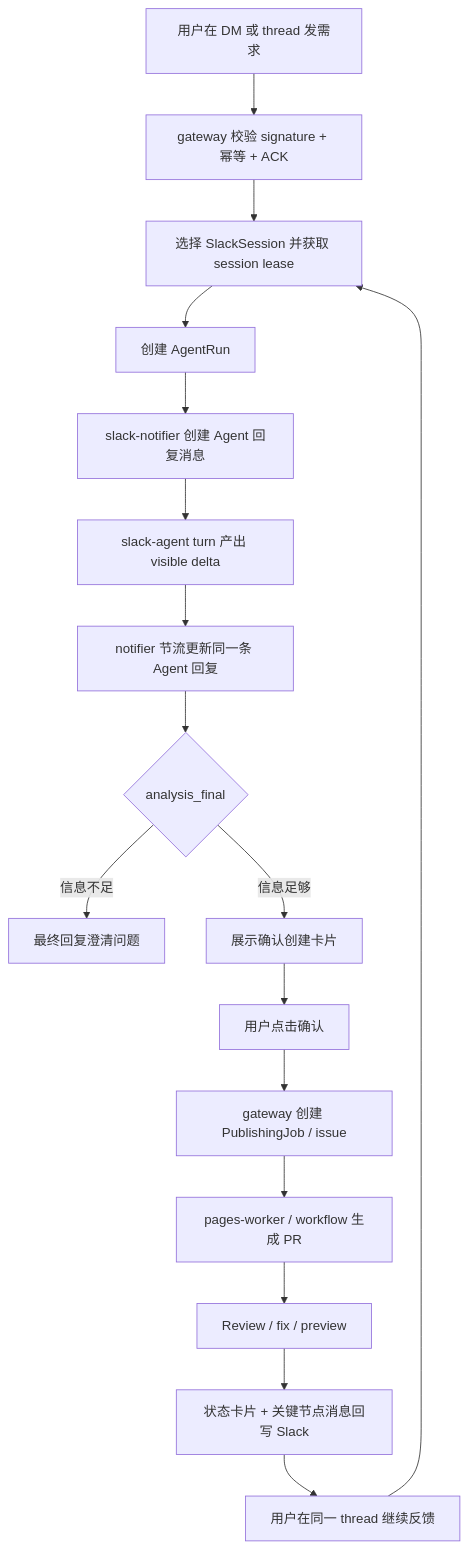
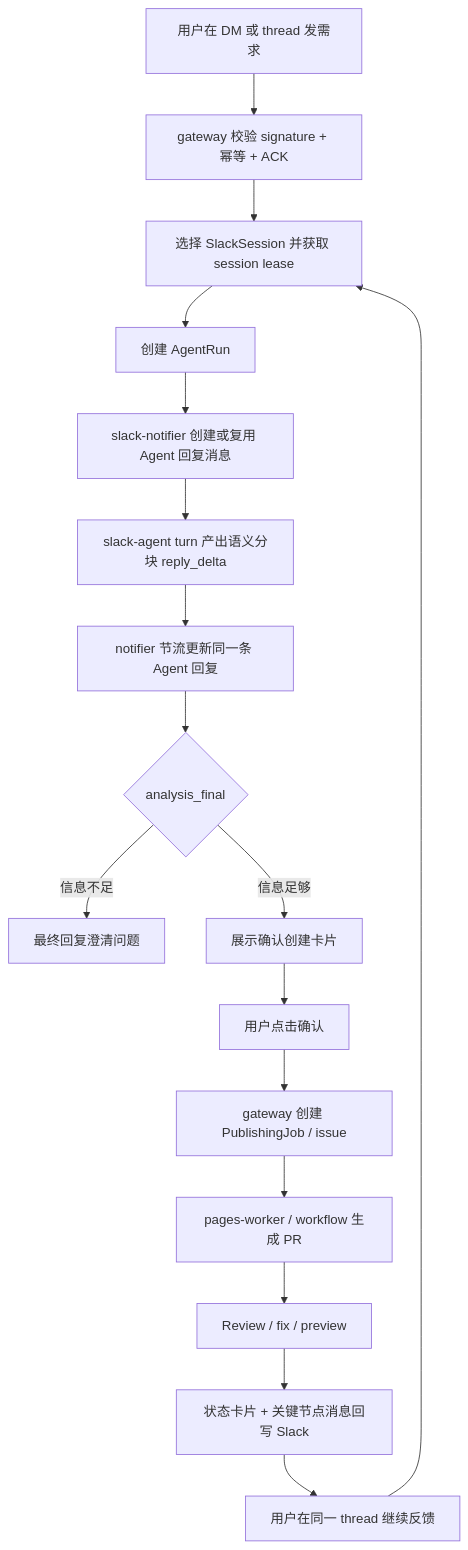
One commit to qaj701224-blip/pages-manager changed the diagram in docs/architecture/slack-platform-runtime.md. Above: the diagram before and after it, drawn with Mermaid. The commit also changed other lines of this file and 5 other files, not shown here.

````diff
--- a/docs/architecture/slack-platform-runtime.md
+++ b/docs/architecture/slack-platform-runtime.md
@@ -526,19 +533,19 @@
 ```mermaid
 flowchart TD
   A["用户在 DM 或 thread 发需求"] --> B["gateway 校验 signature + 幂等 + ACK"]
   B --> C["选择 SlackSession 并获取 session lease"]
   C --> D["创建 AgentRun"]
-  D --> E["slack-notifier 创建 Agent 回复消息"]
-  E --> F["slack-agent turn 产出 visible delta"]
+  D --> E["slack-notifier 创建或复用 Agent 回复消息"]
+  E --> F["slack-agent turn 产出语义分块 reply_delta"]
   F --> G["notifier 节流更新同一条 Agent 回复"]
   G --> H{"analysis_final"}
   H -->|"信息不足"| I["最终回复澄清问题"]
   H -->|"信息足够"| J["展示确认创建卡片"]
   J --> K["用户点击确认"]
   K --> L["gateway 创建 PublishingJob / issue"]
   L --> M["pages-worker / workflow 生成 PR"]
   M --> N["Review / fix / preview"]
   N --> O["状态卡片 + 关键节点消息回写 Slack"]
   O --> P["用户在同一 thread 继续反馈"]
   P --> C
 ```
````
